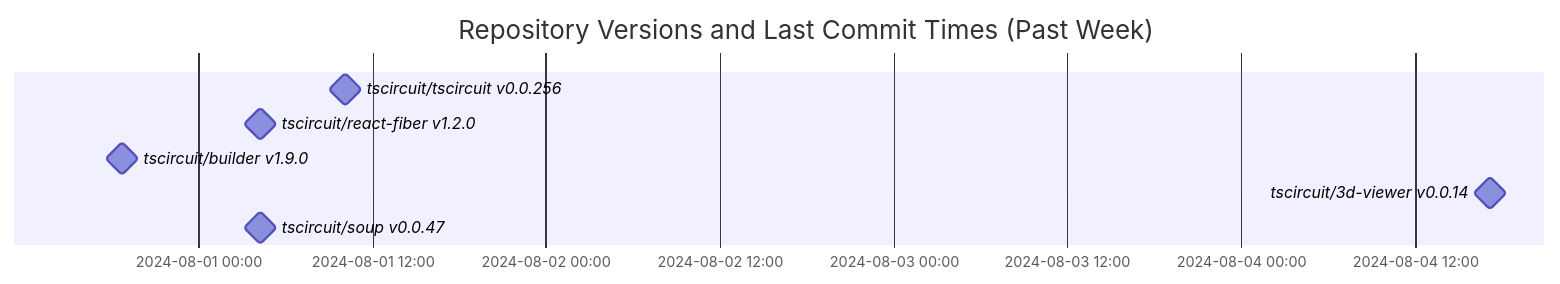
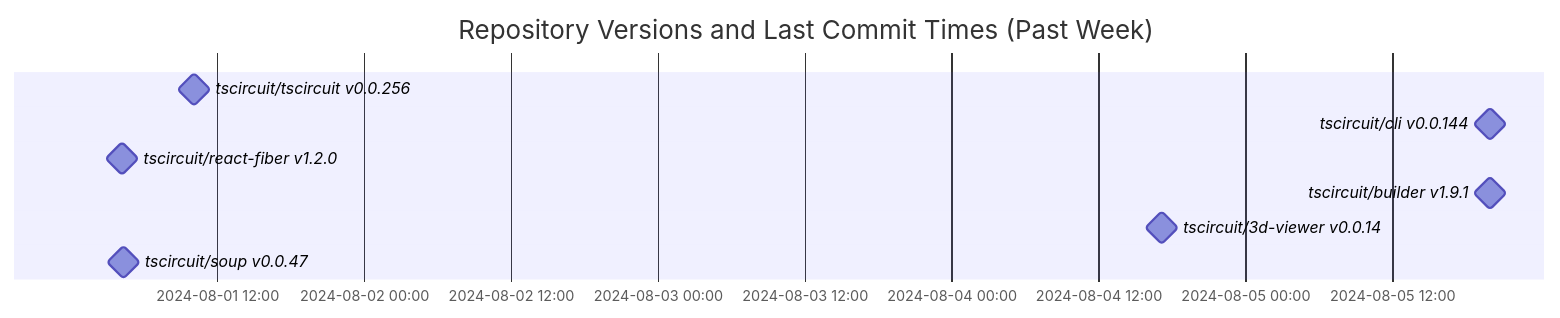
The diagram in README.md (tscircuit/version-tracker), drawn with Mermaid before and after one commit.

Commit message:
Update chart

````diff
--- a/README.md
+++ b/README.md
@@ -1,12 +1,13 @@
 ```mermaid
 gantt
   dateFormat  YYYY-MM-DD HH:mm:ss
   title Repository Versions and Last Commit Times (Past Week)
   axisFormat %Y-%m-%d %H:%M
 
   tscircuit/tscircuit v0.0.256 : milestone, 2024-08-01 10:10:27, 1s
+  tscircuit/cli v0.0.144 : milestone, 2024-08-05 20:01:47, 1s
   tscircuit/react-fiber v1.2.0 : milestone, 2024-08-01 04:16:00, 1s
-  tscircuit/builder v1.9.0 : milestone, 2024-07-31 18:44:54, 1s
+  tscircuit/builder v1.9.1 : milestone, 2024-08-05 20:01:47, 1s
   tscircuit/3d-viewer v0.0.14 : milestone, 2024-08-04 17:12:26, 1s
   tscircuit/soup v0.0.47 : milestone, 2024-08-01 04:19:38, 1s
 ```
````
